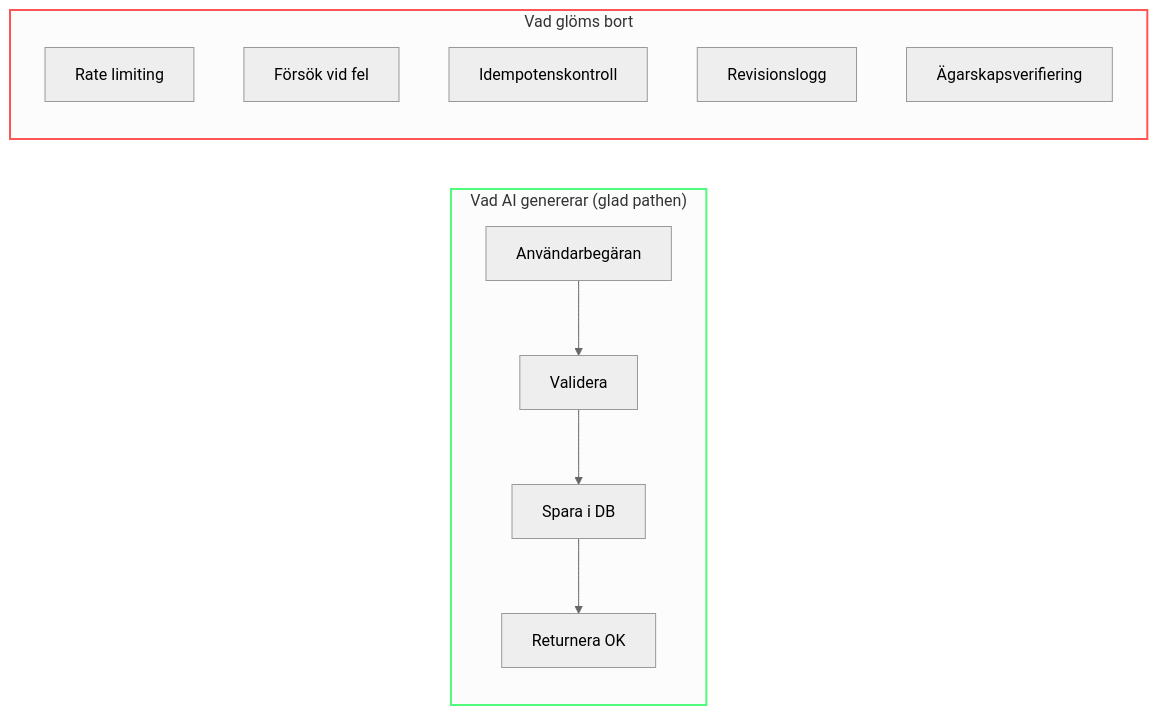
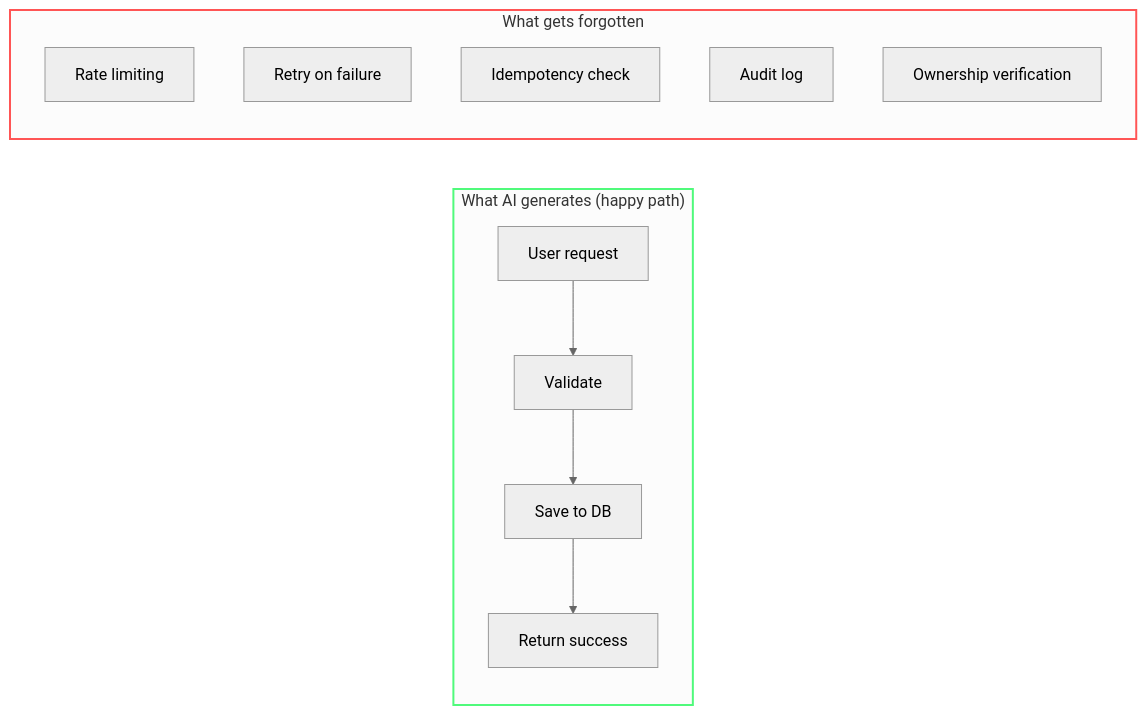
One commit to dandahprecio/vibe-on-budget changed the second of 5 diagrams in token-economy-course/src/content/docs/sv/08-vibe-coding-guardrails.mdx. Above: the diagram before and after it, drawn with Mermaid (neutral theme). The commit also changed other lines of this file and 23 other files, not shown here.

````diff
--- a/token-economy-course/src/content/docs/sv/08-vibe-coding-guardrails.mdx
+++ b/token-economy-course/src/content/docs/sv/08-vibe-coding-guardrails.mdx
@@ -78,19 +90,19 @@
 ```mermaid
 flowchart LR
-    subgraph Happy["Vad AI genererar (glad pathen)"]
-        A[Användarbegäran] --> B[Validera]
-        B --> C[Spara i DB]
-        C --> D[Returnera OK]
+    subgraph Happy["What AI generates (happy path)"]
+        A[User request] --> B[Validate]
+        B --> C[Save to DB]
+        C --> D[Return success]
     end
     
-    subgraph Missing["Vad glöms bort"]
+    subgraph Missing["What gets forgotten"]
         E[Rate limiting] 
-        F[Försök vid fel]
-        G[Idempotenskontroll]
-        H[Revisionslogg]
-        I[Ägarskapsverifiering]
+        F[Retry on failure]
+        G[Idempotency check]
+        H[Audit log]
+        I[Ownership verification]
     end
     
     style Missing stroke:#ff5555,stroke-width:2px
     style Happy stroke:#50fa7b,stroke-width:2px
 ```
````
